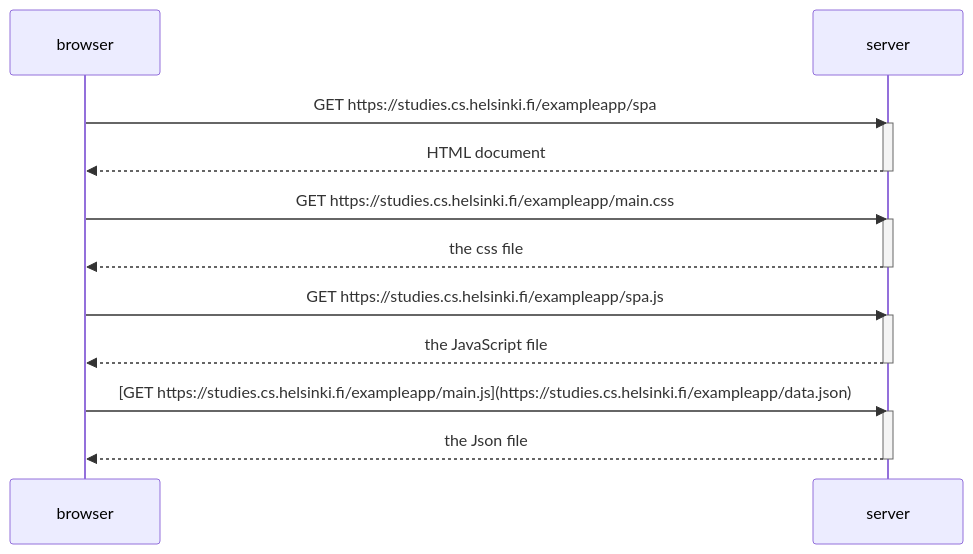
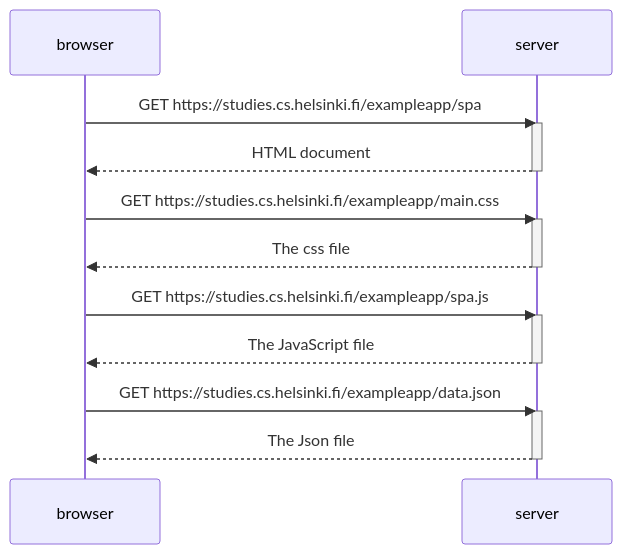
Before and after one commit to dvillaal/Full-Stack-Open: the diagram in parte0/ejercicio0-5.md, drawn with Mermaid.

Commit message:
definitive ejercicio0-5.md

````diff
--- a/parte0/ejercicio0-5.md
+++ b/parte0/ejercicio0-5.md
@@ -1,26 +1,26 @@
 ```mermaid
 sequenceDiagram
     participant browser
     participant server
 
     browser->>server: GET https://studies.cs.helsinki.fi/exampleapp/spa
     activate server
     server-->>browser: HTML document
     deactivate server
 
     browser->>server: GET https://studies.cs.helsinki.fi/exampleapp/main.css
     activate server
-    server-->>browser: the css file
+    server-->>browser: The css file
     deactivate server
 
     browser->>server: GET https://studies.cs.helsinki.fi/exampleapp/spa.js
     activate server
-    server-->>browser: the JavaScript file
+    server-->>browser: The JavaScript file
     deactivate server
 
-    browser->>server: [GET https://studies.cs.helsinki.fi/exampleapp/main.js](https://studies.cs.helsinki.fi/exampleapp/data.json)
+    browser->>server: GET https://studies.cs.helsinki.fi/exampleapp/data.json
     activate server
-    server-->>browser: the Json file
+    server-->>browser: The Json file
     deactivate server
 
 ```
````
